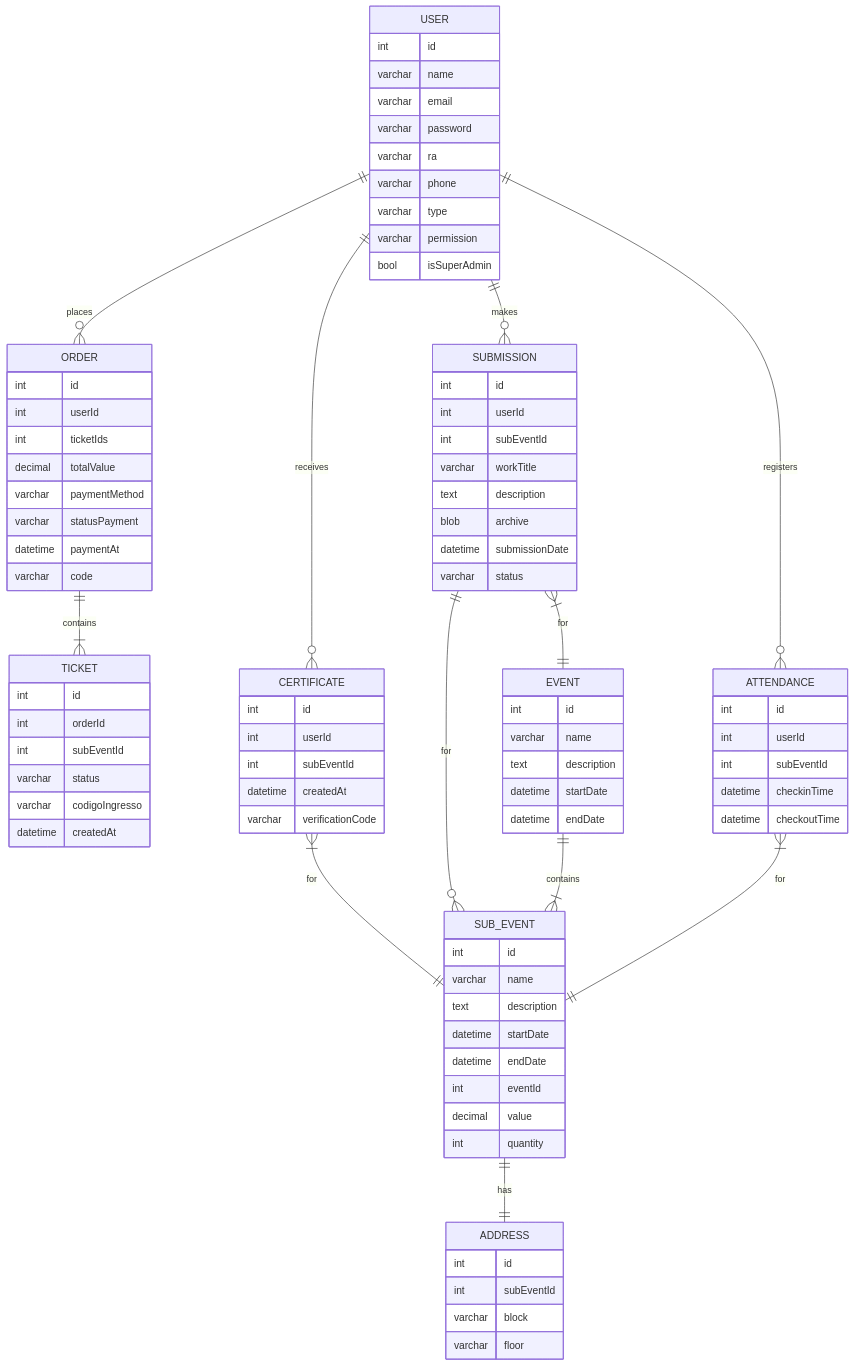
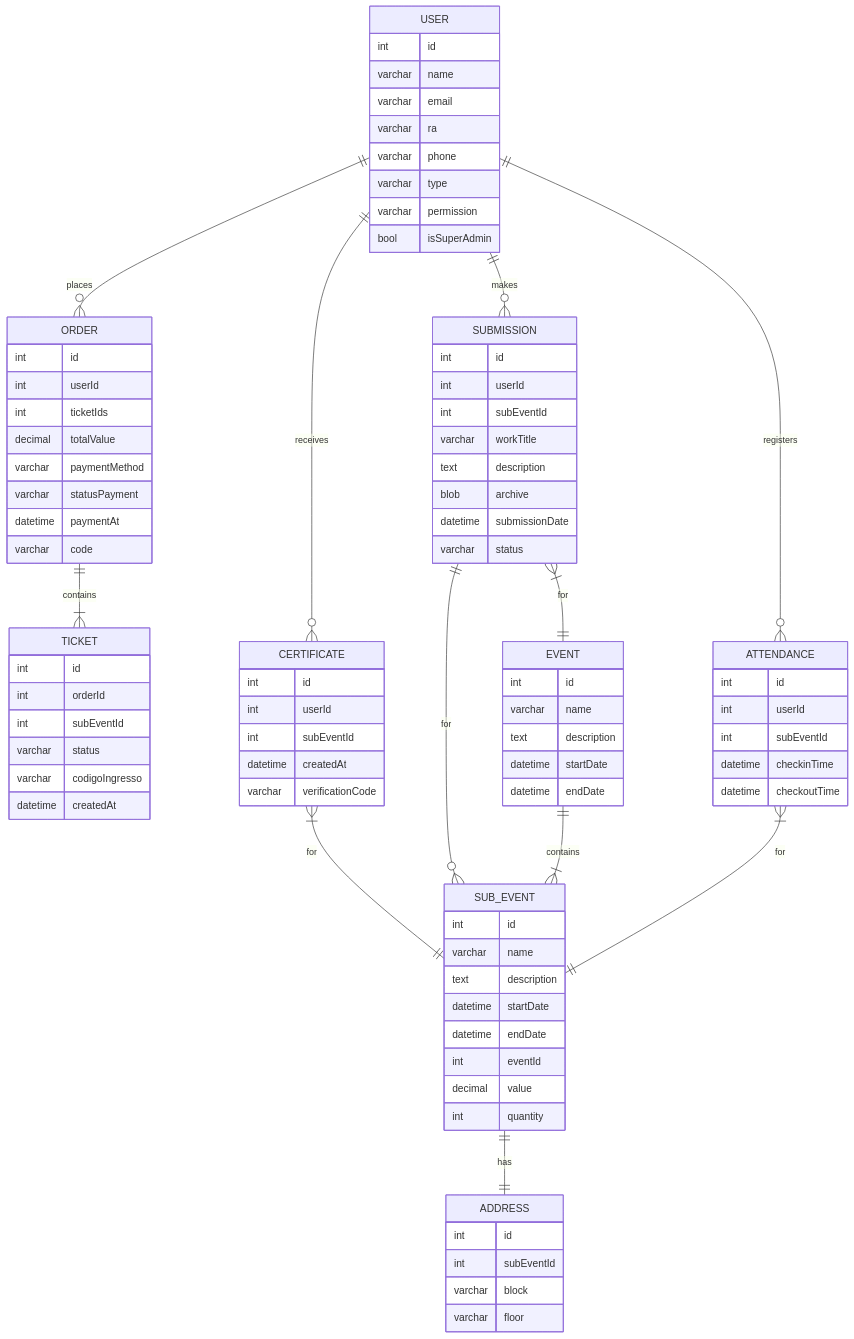
Before and after one commit to SIN-disciplina-PI5/unicap-events-backend: the diagram in docs/er-diagram.mmd, drawn with Mermaid.

Commit message:
fix: password retired

```diff
--- a/docs/er-diagram.mmd
+++ b/docs/er-diagram.mmd
@@ -1,97 +1,96 @@
 erDiagram
     USER ||--o{ ORDER : places
     ORDER ||--|{ TICKET : contains
     USER ||--o{ CERTIFICATE : receives
     CERTIFICATE }|--|| SUB_EVENT : "for"
     USER ||--o{ SUBMISSION : makes
     SUBMISSION }|--|| EVENT : "for"
     SUBMISSION ||--o{ SUB_EVENT : "for"
     EVENT ||--|{ SUB_EVENT : contains
     SUB_EVENT ||--|| ADDRESS : has
     USER ||--o{ ATTENDANCE : registers
     ATTENDANCE }|--|| SUB_EVENT : "for"
 
     USER {
         int id
         varchar name
         varchar email
-        varchar password
         varchar ra
         varchar phone
         varchar type
         varchar permission
         bool isSuperAdmin
     }
 
     ORDER {
         int id
         int userId
         int ticketIds
         decimal totalValue
         varchar paymentMethod
         varchar statusPayment
         datetime paymentAt
         varchar code
     }
 
     TICKET {
         int id
         int orderId
         int subEventId
         varchar status
         varchar codigoIngresso
         datetime createdAt
     }
 
     CERTIFICATE {
         int id
         int userId
         int subEventId
         datetime createdAt
         varchar verificationCode
     }
 
     SUBMISSION {
         int id
         int userId
         int subEventId
         varchar workTitle
         text description
         blob archive
         datetime submissionDate
         varchar status
     }
 
     EVENT {
         int id
         varchar name
         text description
         datetime startDate
         datetime endDate
     }
 
     SUB_EVENT {
         int id
         varchar name
         text description
         datetime startDate
         datetime endDate
         int eventId
         decimal value
         int quantity
     }
 
     ADDRESS {
         int id
         int subEventId
         varchar block
         varchar floor
     }
 
     ATTENDANCE {
         int id
         int userId
         int subEventId
         datetime checkinTime
         datetime checkoutTime
     }
```
